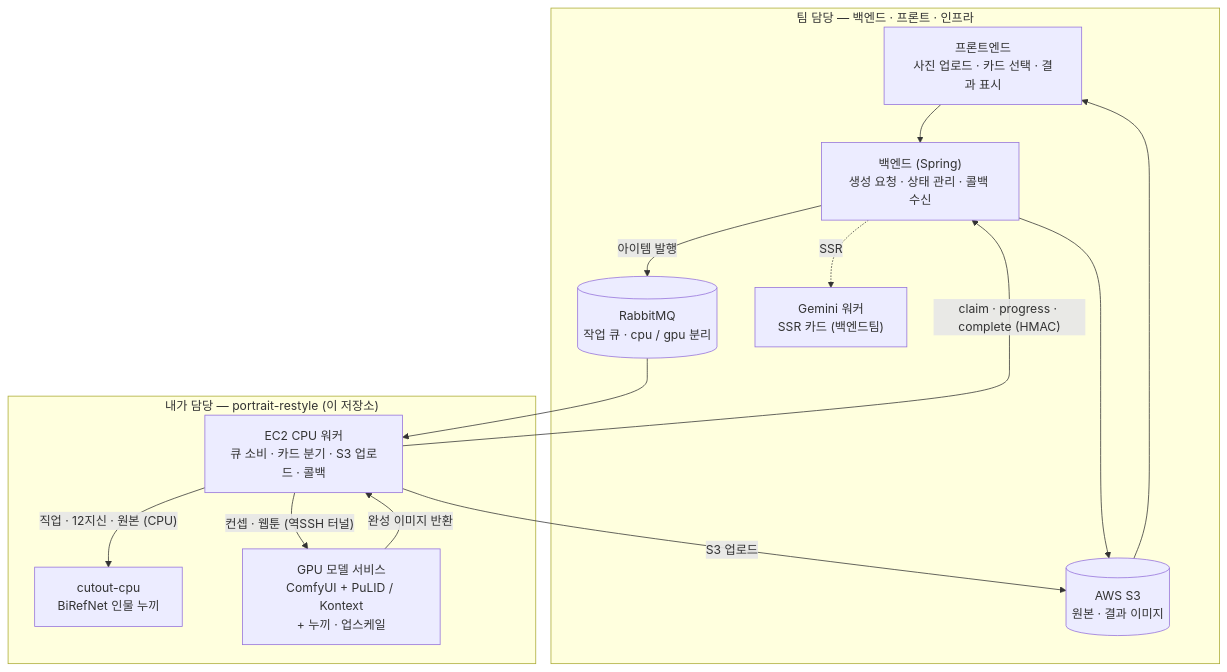
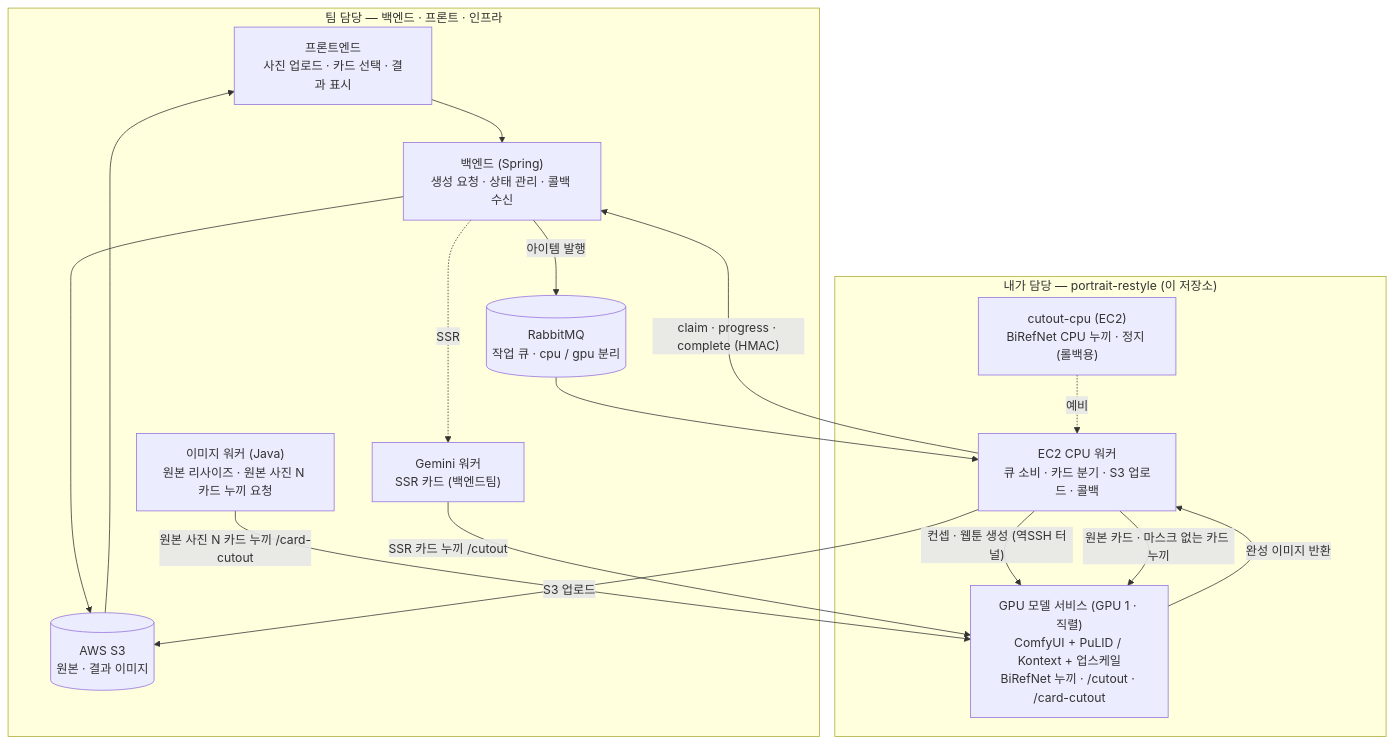
The diagram in README.md (donghyeoni/portrait-restyle), drawn with Mermaid before and after one commit. The commit also changed other lines of this file and 1 other file, not shown here.

Commit message:
docs: 누끼 GPU 이관·직렬 처리 반영 (README 구조도, PATCH_NOTES 09-16)

````diff
--- a/README.md
+++ b/README.md
@@ -14,28 +14,32 @@
 ```mermaid
 flowchart TB
     subgraph team["팀 담당 — 백엔드 · 프론트 · 인프라"]
         FE["프론트엔드<br/>사진 업로드 · 카드 선택 · 결과 표시"]
         BE["백엔드 (Spring)<br/>생성 요청 · 상태 관리 · 콜백 수신"]
+        IMG["이미지 워커 (Java)<br/>원본 리사이즈 · 원본 사진 N 카드 누끼 요청"]
         MQ[("RabbitMQ<br/>작업 큐 · cpu / gpu 분리")]
         S3[("AWS S3<br/>원본 · 결과 이미지")]
         GEM["Gemini 워커<br/>SSR 카드 (백엔드팀)"]
     end
 
     subgraph mine["내가 담당 — portrait-restyle (이 저장소)"]
         W["EC2 CPU 워커<br/>큐 소비 · 카드 분기 · S3 업로드 · 콜백"]
-        CUT["cutout-cpu<br/>BiRefNet 인물 누끼"]
-        GPU["GPU 모델 서비스<br/>ComfyUI + PuLID / Kontext<br/>+ 누끼 · 업스케일"]
+        GPU["GPU 모델 서비스 (GPU 1 · 직렬)<br/>ComfyUI + PuLID / Kontext + 업스케일<br/>BiRefNet 누끼 · /cutout · /card-cutout"]
+        CUT["cutout-cpu (EC2)<br/>BiRefNet CPU 누끼 · 정지 (롤백용)"]
     end
 
     FE --> BE
     BE -->|아이템 발행| MQ
     MQ --> W
-    W -->|"직업 · 12지신 · 원본 (CPU)"| CUT
-    W -->|"컨셉 · 웹툰 (역SSH 터널)"| GPU
+    W -->|"컨셉 · 웹툰 생성 (역SSH 터널)"| GPU
+    W -->|"원본 카드 · 마스크 없는 카드 누끼"| GPU
+    IMG -->|"원본 사진 N 카드 누끼 /card-cutout"| GPU
+    GEM -->|"SSR 카드 누끼 /cutout"| GPU
+    CUT -.->|"예비"| W
     GPU -->|"완성 이미지 반환"| W
     W -->|S3 업로드| S3
     W -->|"claim · progress · complete (HMAC)"| BE
     BE --> S3
     S3 --> FE
     BE -.->|SSR| GEM
 ```
````
